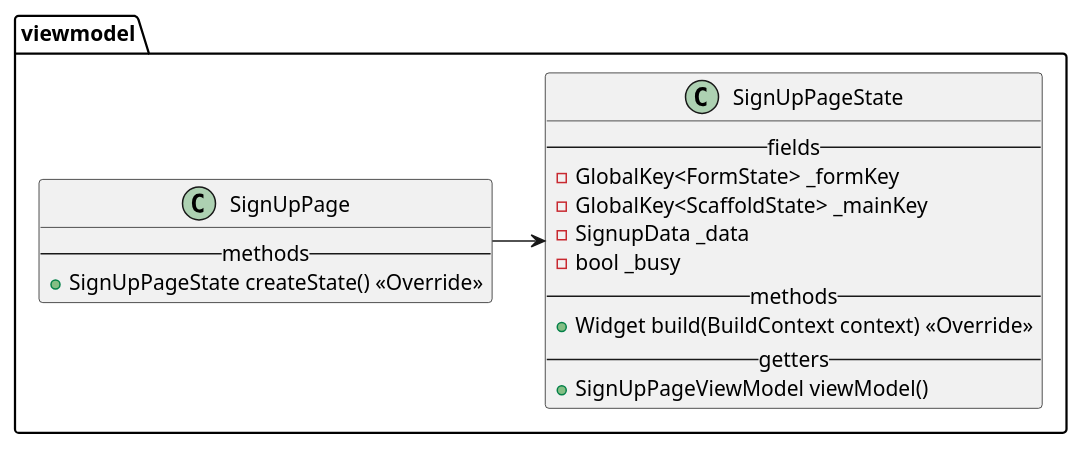
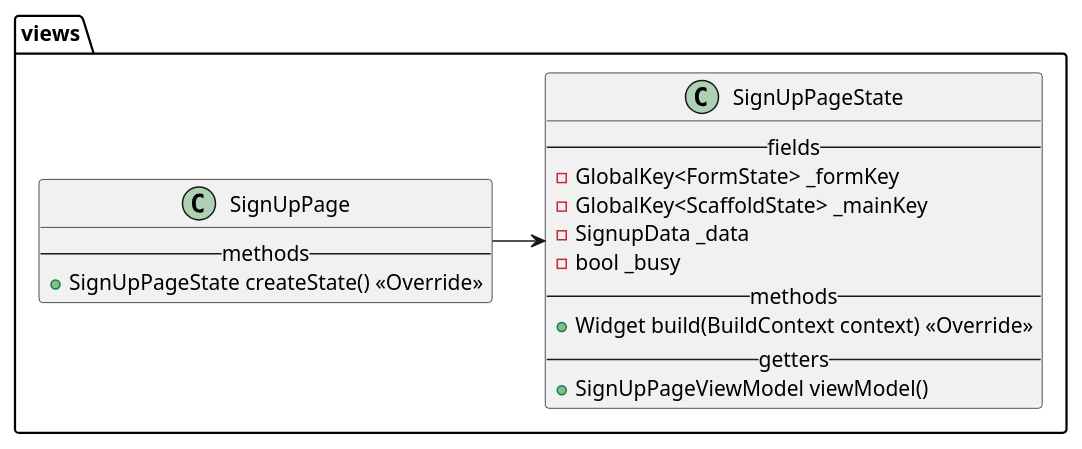
Before and after one commit to Partner-SHIP/partnership-app: the diagram in doc/diagrams/src/SignUpPage.md, drawn with PlantUML. The commit also changed 2 other files, not shown here.

Commit message:
updated dependancies

````diff
--- a/doc/diagrams/src/SignUpPage.md
+++ b/doc/diagrams/src/SignUpPage.md
@@ -1,25 +1,25 @@
 ```plantuml
 @startuml SignUpPage
 
-package viewmodel {
+package views {
     class   SignUpPage {
         -- methods --
         + SignUpPageState createState() <<Override>>
     }
     class   SignUpPageState {
         -- fields --
         - GlobalKey<FormState> _formKey
         - GlobalKey<ScaffoldState> _mainKey
         - SignupData _data
         - bool _busy
         -- methods --
         + Widget build(BuildContext context) <<Override>>
         -- getters --
         + SignUpPageViewModel viewModel()
     }
 }
 
 SignUpPage -> SignUpPageState
 
 @enduml
 ```
````
